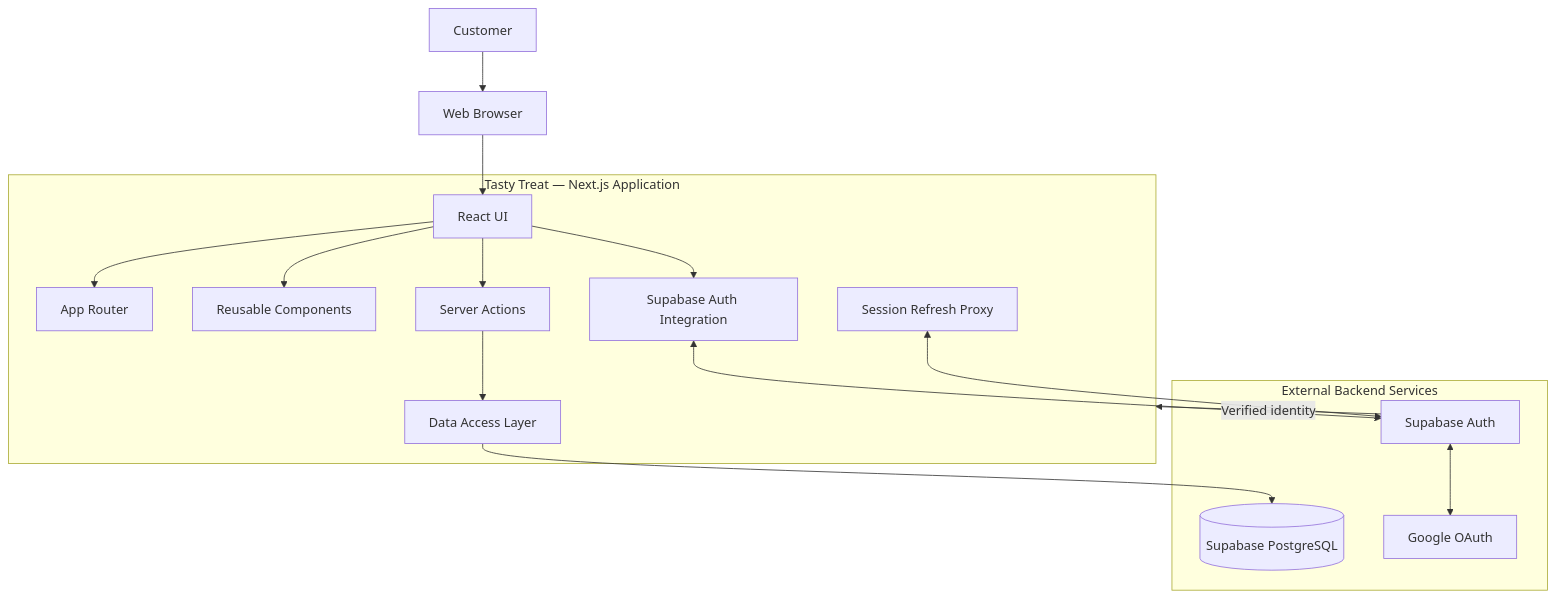
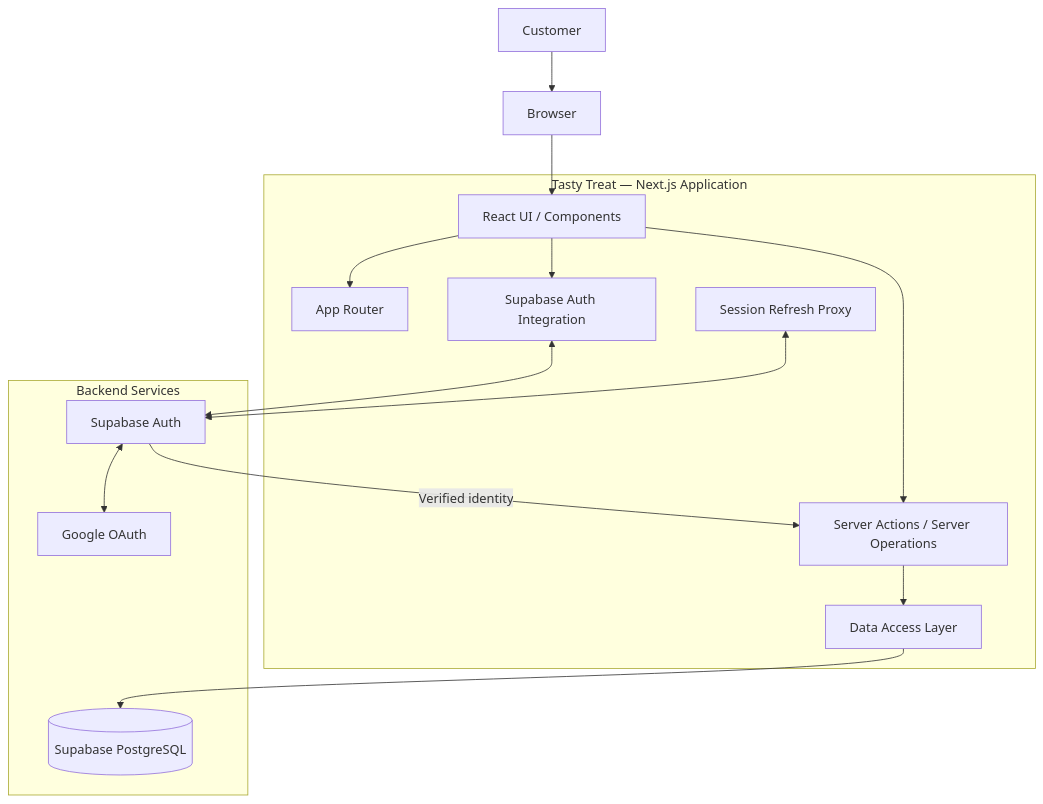
The first of 6 diagrams in README.md (ashwin8223/tasty-treat-website), drawn with Mermaid before and after one commit. The commit also changed other lines of this file and 25 other files, not shown here.

````diff
--- a/README.md
+++ b/README.md
@@ -118,36 +90,32 @@
 ```mermaid
 flowchart TB
-    CUSTOMER["Customer"]
-    BROWSER["Web Browser"]
+    USER["Customer"] --> BROWSER["Browser"]
 
-    subgraph APP["Tasty Treat — Next.js Application"]
-        UI["React UI"]
-        ROUTES["App Router"]
-        COMPONENTS["Reusable Components"]
-        AUTH["Supabase Auth Integration"]
-        ACTIONS["Server Actions"]
-        DATA["Data Access Layer"]
-        PROXY["Session Refresh Proxy"]
+    subgraph WEB["Tasty Treat — Next.js Application"]
+        UI["React UI / Components"]
+        ROUTER["App Router"]
+        AUTH_CLIENT["Supabase Auth Integration"]
+        SERVER_OPS["Server Actions / Server Operations"]
+        DATA_LAYER["Data Access Layer"]
+        SESSION["Session Refresh Proxy"]
     end
 
-    subgraph SERVICES["External Backend Services"]
-        SUPAUTH["Supabase Auth"]
+    subgraph BACKEND["Backend Services"]
+        SUPABASE_AUTH["Supabase Auth"]
+        GOOGLE["Google OAuth"]
         DB[("Supabase PostgreSQL")]
-        GOOGLE["Google OAuth"]
     end
 
-    CUSTOMER --> BROWSER
     BROWSER --> UI
-    UI --> COMPONENTS
-    UI --> ROUTES
-    UI --> AUTH
-    UI --> ACTIONS
+    UI --> ROUTER
+    UI --> AUTH_CLIENT
+    UI --> SERVER_OPS
 
-    AUTH <--> SUPAUTH
-    SUPAUTH <--> GOOGLE
-    PROXY <--> SUPAUTH
+    AUTH_CLIENT <--> SUPABASE_AUTH
+    SUPABASE_AUTH <--> GOOGLE
+    SESSION <--> SUPABASE_AUTH
 
-    ACTIONS --> DATA
-    DATA --> DB
-    SUPAUTH -->|"Verified identity"| APP
+    SERVER_OPS --> DATA_LAYER
+    DATA_LAYER --> DB
+    SUPABASE_AUTH -->|"Verified identity"| SERVER_OPS
 ```
````
